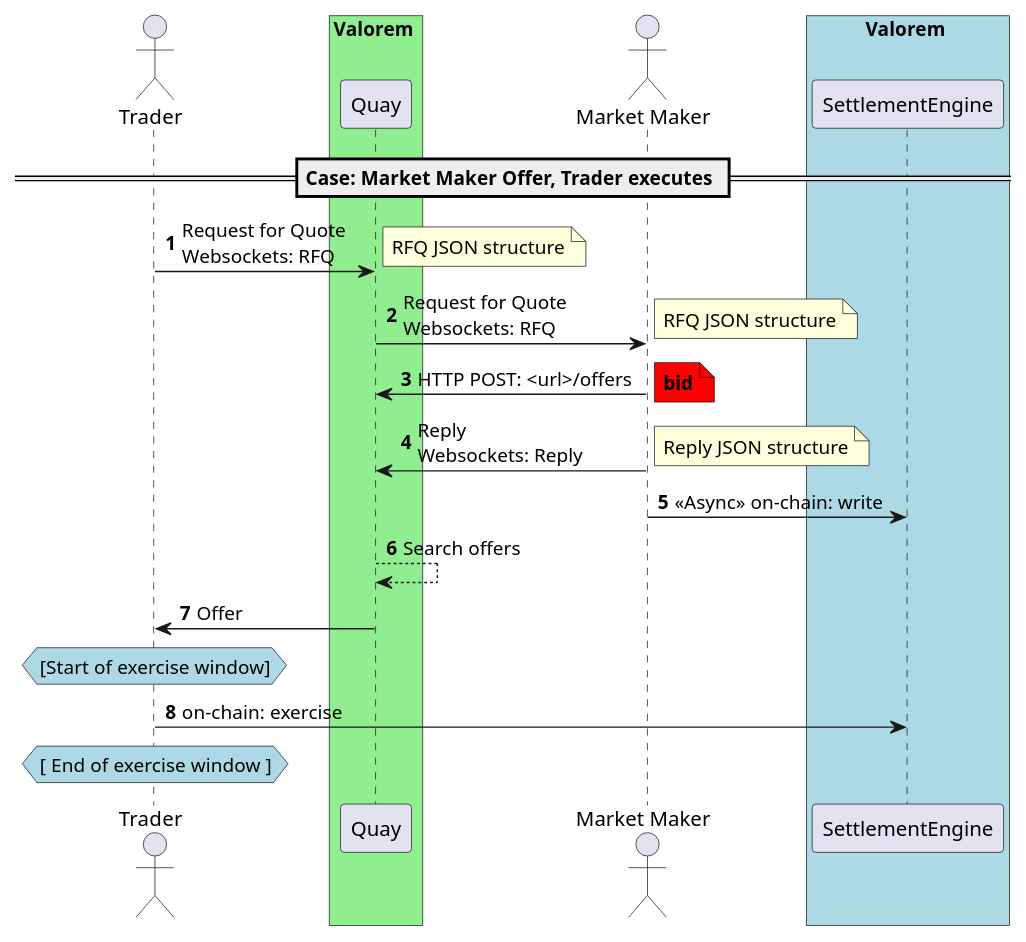
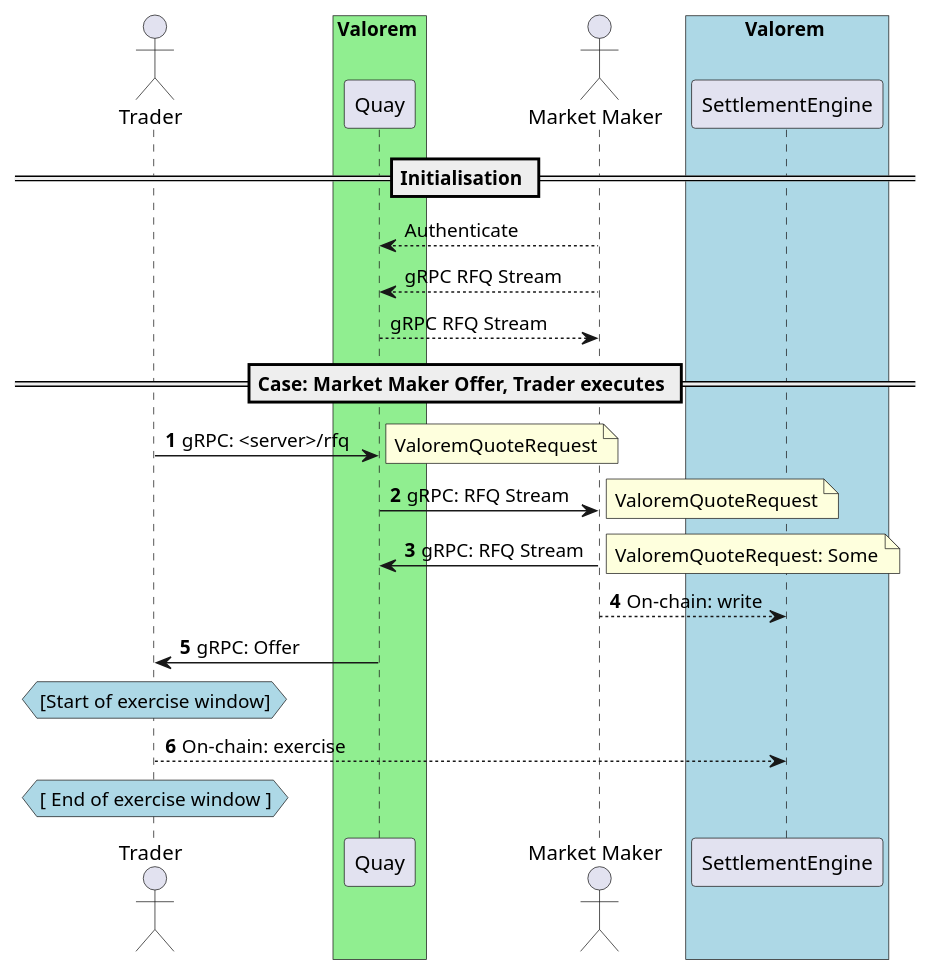
One commit to prince777-k/quay changed the diagram in docs/diagrams/mm_offer_trader_execute.pu. Above: the diagram before and after it, drawn with PlantUML. The commit also changed 20 other files, not shown here.

```diff
--- a/docs/diagrams/mm_offer_trader_execute.pu
+++ b/docs/diagrams/mm_offer_trader_execute.pu
@@ -1,40 +1,40 @@
 @startuml
 
 actor Trader
 box Valorem #LightGreen
 participant Quay
 end box
 actor "Market Maker" as MM
 box Valorem #LightBlue
 participant SettlementEngine as SE
 end box
 
+== Initialisation ==
+MM --> Quay: Authenticate
+MM --> Quay: gRPC RFQ Stream
+Quay --> MM: gRPC RFQ Stream
+
 == Case: Market Maker Offer, Trader executes ==
 autonumber
-Trader -> Quay: Request for Quote\nWebsockets: RFQ
+Trader -> Quay: gRPC: <server>/rfq
 note right
-RFQ JSON structure
+ValoremQuoteRequest
 end note
-Quay -> MM: Request for Quote\nWebsockets: RFQ
+Quay -> MM: gRPC: RFQ Stream
 note right
-RFQ JSON structure
+ValoremQuoteRequest
 end note
-MM -> Quay: HTTP POST: <url>/offers
-note right #red
-**bid**
+MM -> Quay: gRPC: RFQ Stream
+note right
+ValoremQuoteRequest: Some
 end note
-MM -> Quay: Reply\nWebsockets: Reply
-note right
-Reply JSON structure
-end note
-MM -> SE: <<Async>> on-chain: write
-Quay --> Quay: Search offers
-Quay -> Trader: Offer
+MM --> SE: On-chain: write
+Quay -> Trader: gRPC: Offer
 hnote over Trader #lightBlue
 [Start of exercise window]
 end hnote
-Trader -> SE: on-chain: exercise
+Trader --> SE: On-chain: exercise
 hnote over Trader #lightBlue
 [ End of exercise window ]
 end hnote
 @enduml
```
